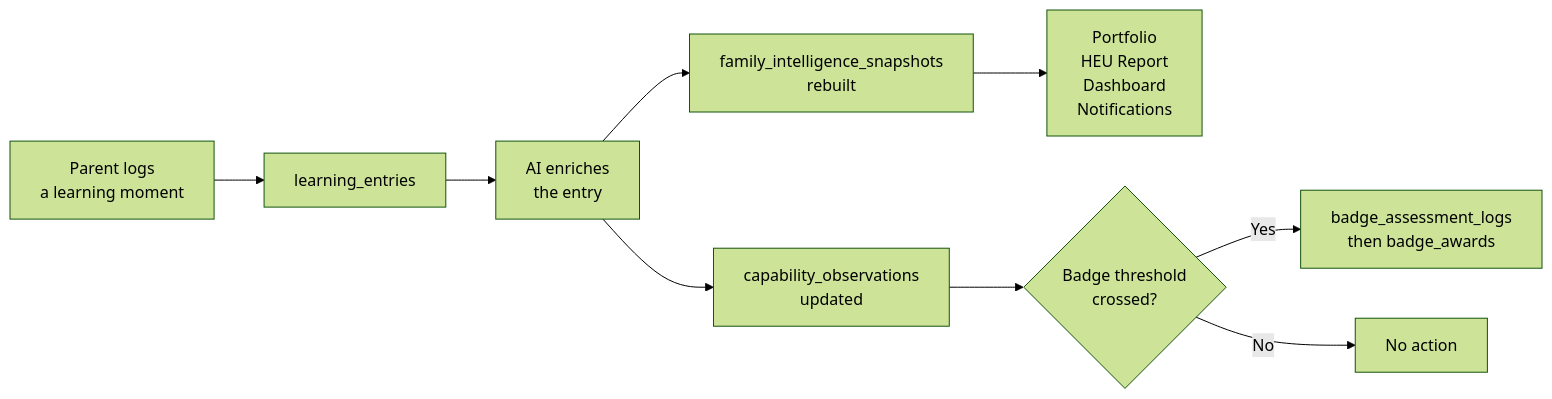
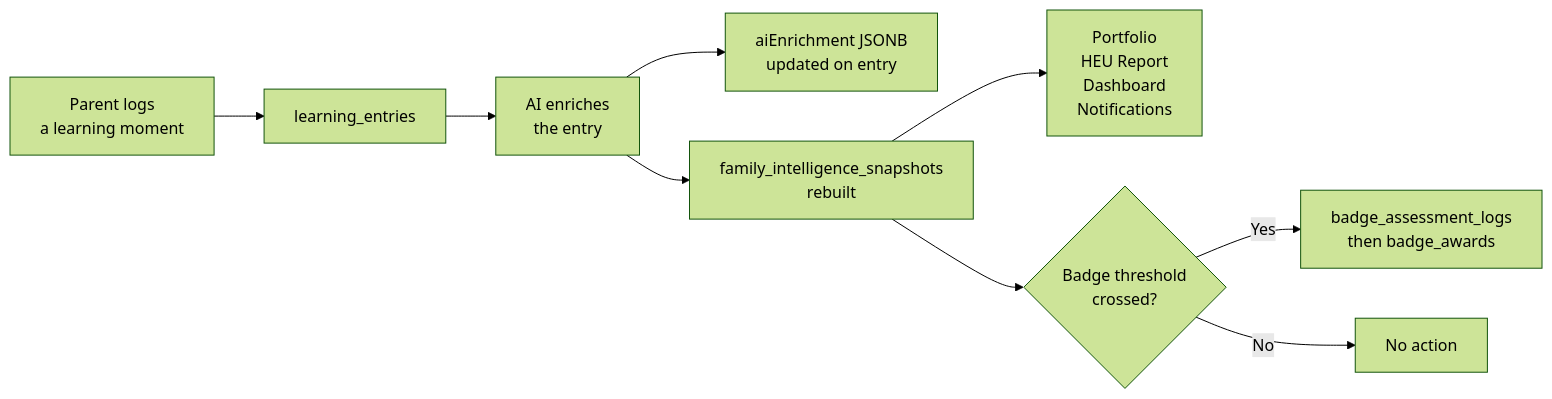
The second of 2 diagrams in docs/hearth-data-architecture-overview-v1.md (Glorptraag/hearth), drawn with Mermaid (forest theme) before and after one commit. The commit also changed other lines of this file and 8 other files, not shown here.

First line of the commit message:
docs: refresh architecture, API/schema refs, component registry, and project status

````diff
--- a/docs/hearth-data-architecture-overview-v1.md
+++ b/docs/hearth-data-architecture-overview-v1.md
@@ -52,11 +49,11 @@
 ```mermaid
 flowchart LR
     A[Parent logs\na learning moment] --> B[learning_entries]
     B --> C[AI enriches\nthe entry]
-    C --> D[capability_observations\nupdated]
+    C --> D[aiEnrichment JSONB\nupdated on entry]
     C --> E[family_intelligence_snapshots\nrebuilt]
     E --> F[Portfolio\nHEU Report\nDashboard\nNotifications]
-    D --> G{Badge threshold\ncrossed?}
+    E --> G{Badge threshold\ncrossed?}
     G -->|Yes| H[badge_assessment_logs\nthen badge_awards]
     G -->|No| I[No action]
 ```
````
